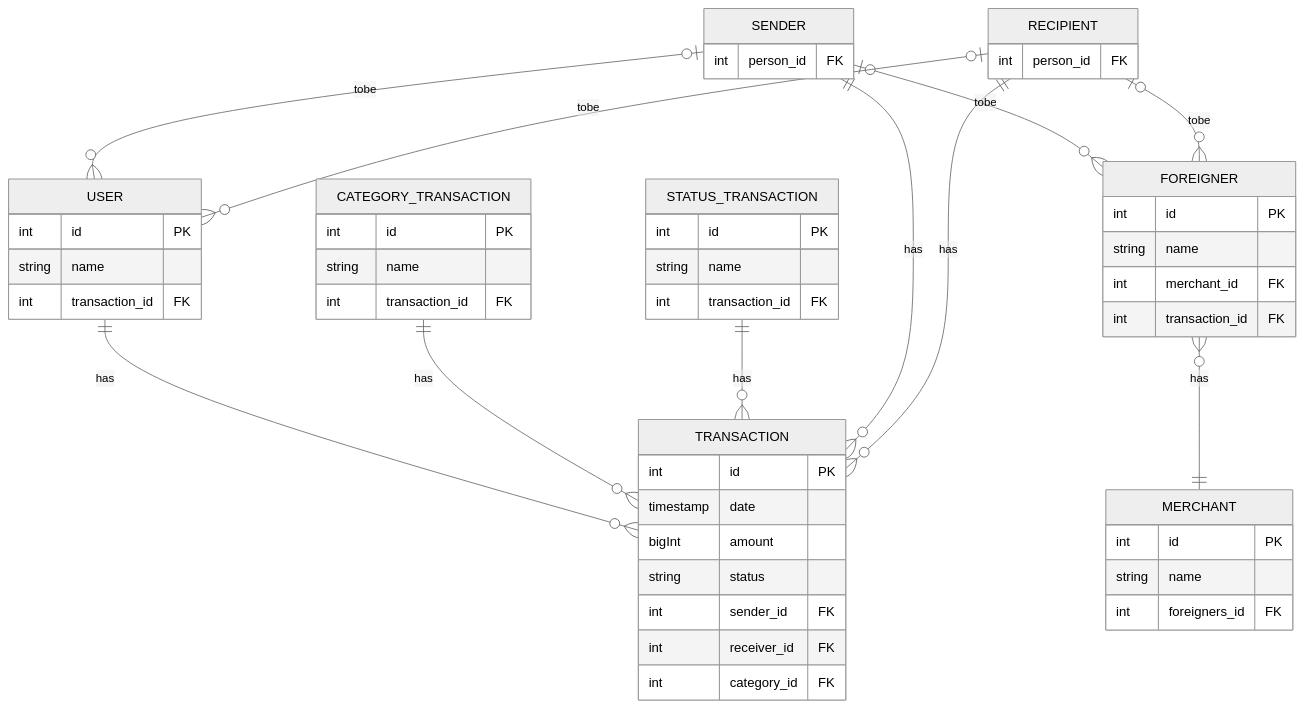
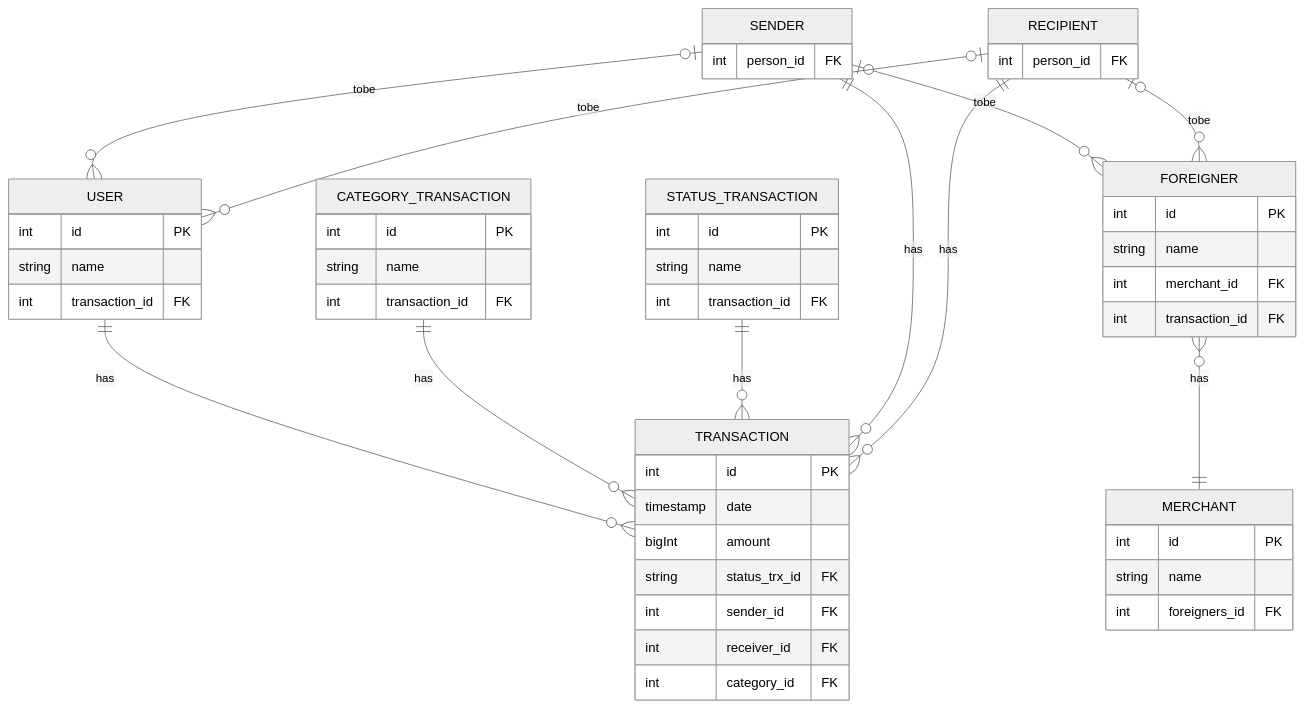
One commit to Arif14377/koda-b6-db2 changed the diagram in README.md. Above: the diagram before and after it, drawn with Mermaid (neutral theme).

Commit message:
fix: add FK to status transaction

````diff
--- a/README.md
+++ b/README.md
@@ -1,63 +1,63 @@
 ```mermaid
     erDiagram
     USER ||--o{ TRANSACTION : has
     USER {
         int id PK
         string name
         int transaction_id FK
     }
 
     
     TRANSACTION {
         int id PK
         timestamp date
         bigInt amount
-        string status
+        string status_trx_id FK
         int sender_id FK
         int receiver_id FK
         int category_id FK
     }
 
     CATEGORY_TRANSACTION ||--o{ TRANSACTION : has
     CATEGORY_TRANSACTION {
         int id PK
         string name
         int transaction_id FK
     }
 
     FOREIGNER }o--|| MERCHANT : has
     FOREIGNER {
         int id PK
         string name
         int merchant_id FK
         int transaction_id FK
     }
 
     MERCHANT {
         int id PK
         string name
         int foreigners_id FK
     }
 
     STATUS_TRANSACTION ||--o{ TRANSACTION : has
     STATUS_TRANSACTION {
         int id PK
         string name
         int transaction_id FK
     }
 
     SENDER |o--o{ USER : tobe
     SENDER |o--o{ FOREIGNER : tobe
     SENDER ||--o{ TRANSACTION : has
     SENDER {
         int person_id FK
     }
 
     RECIPIENT |o--o{ USER : tobe
     RECIPIENT |o--o{ FOREIGNER : tobe
     RECIPIENT ||--o{ TRANSACTION : has
     RECIPIENT {
         int person_id FK
     }
 
 ```
````
